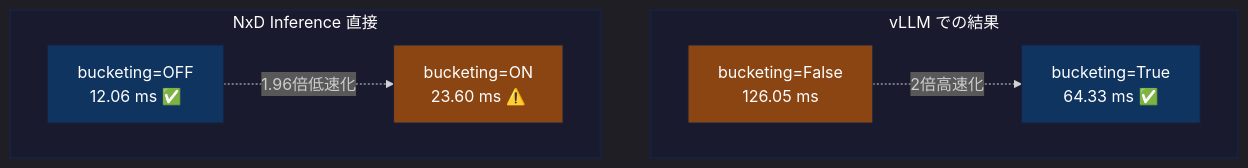
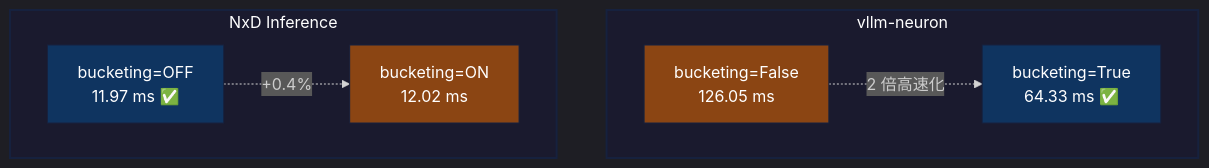
One commit to littlemex/zenn changed the third of 5 diagrams in articles/8d7643da66042e.md. Above: the diagram before and after it, drawn with Mermaid. The commit also changed other lines of this file, not shown here.

````diff
--- a/articles/8d7643da66042e.md
+++ b/articles/8d7643da66042e.md
@@ -1251,18 +1249,18 @@
 ```mermaid
 %%{init: {'theme':'dark'}}%%
 graph TD
-    subgraph vLLM["vLLM での結果"]
-        A1["bucketing=False<br/>126.05 ms"] -.->|2倍高速化| A2["bucketing=True<br/>64.33 ms ✅"]
+    subgraph vLLM["vllm-neuron"]
+        A1["bucketing=False<br/>126.05 ms"] -.->|2 倍高速化| A2["bucketing=True<br/>64.33 ms ✅"]
     end
 
-    subgraph NxD["NxD Inference 直接"]
-        B1["bucketing=OFF<br/>12.06 ms ✅"] -.->|1.96倍低速化| B2["bucketing=ON<br/>23.60 ms ⚠️"]
+    subgraph NxD["NxD Inference"]
+        B1["bucketing=OFF<br/>11.97 ms ✅"] -.->|+0.4%| B2["bucketing=ON<br/>12.02 ms"]
     end
 
     style vLLM fill:#1a1a2e,stroke:#16213e,stroke-width:2px,color:#fff
     style NxD fill:#1a1a2e,stroke:#16213e,stroke-width:2px,color:#fff
     style A1 fill:#8b4513,stroke:#16213e,color:#fff
     style A2 fill:#0f3460,stroke:#16213e,color:#fff
     style B1 fill:#0f3460,stroke:#16213e,color:#fff
     style B2 fill:#8b4513,stroke:#16213e,color:#fff
 ```
````
